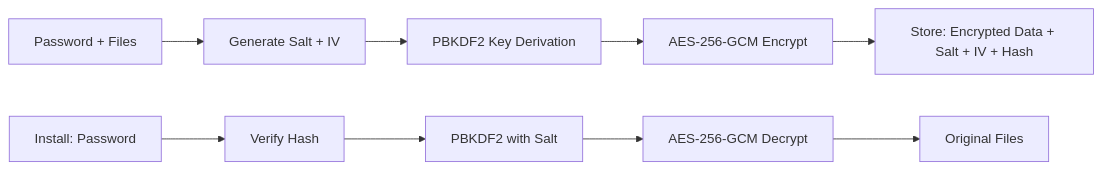
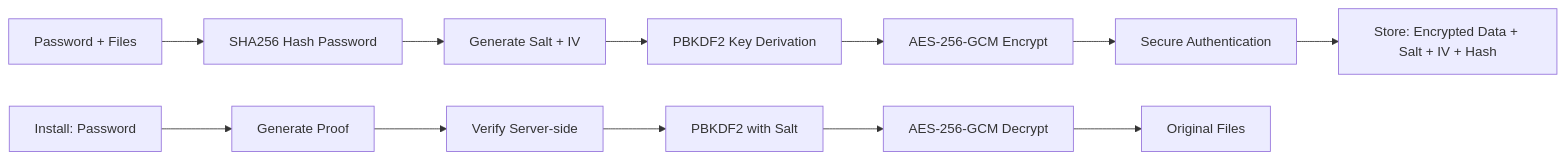
One commit to AbabilCore/envlink changed the diagram in faq.md. Above: the diagram before and after it, drawn with Mermaid. The commit also changed other lines of this file, not shown here.

Commit message:
docs(faq): clarify security architecture and authentication mechanisms

````diff
--- a/faq.md
+++ b/faq.md
@@ -137,12 +137,15 @@
 ```mermaid
 graph LR
-    A[Password + Files] --> B[Generate Salt + IV]
-    B --> C[PBKDF2 Key Derivation]
-    C --> D[AES-256-GCM Encrypt]
-    D --> E[Store: Encrypted Data + Salt + IV + Hash]
+    A[Password + Files] --> B[SHA256 Hash Password]
+    B --> C[Generate Salt + IV]
+    C --> D[PBKDF2 Key Derivation]
+    D --> E[AES-256-GCM Encrypt]
+    E --> F[Secure Authentication]
+    F --> G[Store: Encrypted Data + Salt + IV + Hash]
 
-    F[Install: Password] --> G[Verify Hash]
-    G --> H[PBKDF2 with Salt]
-    H --> I[AES-256-GCM Decrypt]
-    I --> J[Original Files]
+    H[Install: Password] --> I[Generate Proof]
+    I --> J[Verify Server-side]
+    J --> K[PBKDF2 with Salt]
+    K --> L[AES-256-GCM Decrypt]
+    L --> M[Original Files]
 ```
````
